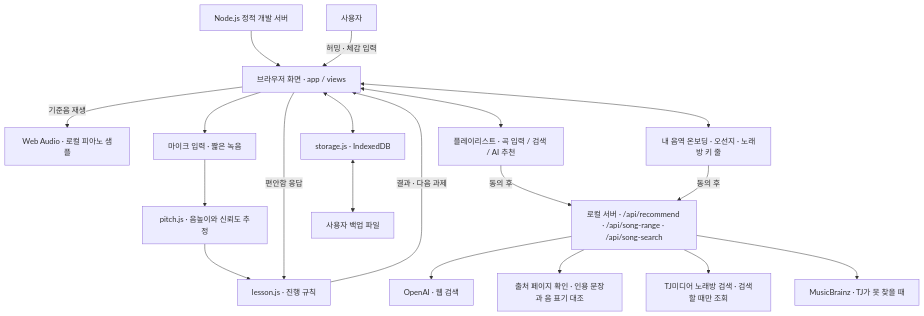
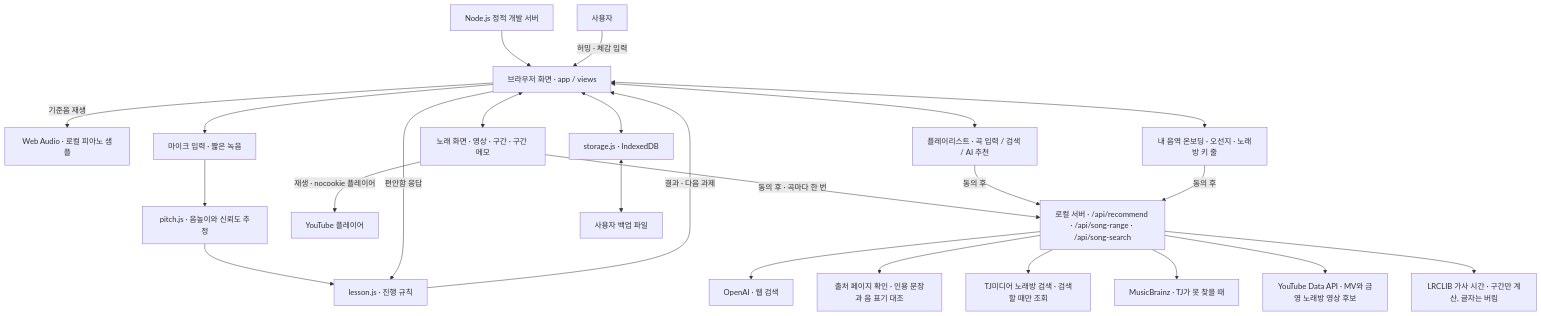
One commit to Yoonsung-kor/SING changed the first of 2 diagrams in docs/architecture.md. Above: the diagram before and after it, drawn with Mermaid. The commit also changed other lines of this file and 2 other files, not shown here.

Commit message:
docs: song screen in README and architecture

````diff
--- a/docs/architecture.md
+++ b/docs/architecture.md
@@ -7,21 +7,26 @@
 ```mermaid
 flowchart TD
     Static[Node.js 정적 개발 서버] --> UI[브라우저 화면 · app / views]
     User[사용자] -->|허밍 · 체감 입력| UI
     UI -->|기준음 재생| Piano[Web Audio · 로컬 피아노 샘플]
     UI --> Capture[마이크 입력 · 짧은 녹음]
     Capture --> Pitch[pitch.js · 음높이와 신뢰도 추정]
     Pitch --> Lesson[lesson.js · 진행 규칙]
     UI -->|편안함 응답| Lesson
     Lesson -->|결과 · 다음 과제| UI
     UI <--> Songs[플레이리스트 · 곡 입력 / 검색 / AI 추천]
+    UI <--> SongScreen[노래 화면 · 영상 · 구간 · 구간 메모]
+    SongScreen -->|재생 · nocookie 플레이어| YTPlayer[YouTube 플레이어]
+    SongScreen -->|동의 후 · 곡마다 한 번| Server
     UI <--> Voice[내 음역 온보딩 · 오선지 · 노래방 키 줄]
     Songs -->|동의 후| Server[로컬 서버 · /api/recommend · /api/song-range · /api/song-search]
     Voice -->|동의 후| Server
     Server --> OpenAI[OpenAI · 웹 검색]
     Server --> Check[출처 페이지 확인 · 인용 문장과 음 표기 대조]
     Server --> TJ[TJ미디어 노래방 검색 · 검색할 때만 조회]
     Server --> MB[MusicBrainz · TJ가 못 찾을 때]
+    Server --> YT[YouTube Data API · MV와 금영 노래방 영상 후보]
+    Server --> LRC[LRCLIB 가사 시간 · 구간만 계산, 글자는 버림]
     UI <--> Store[storage.js · IndexedDB]
     Store <--> Backup[사용자 백업 파일]
 ```
````
